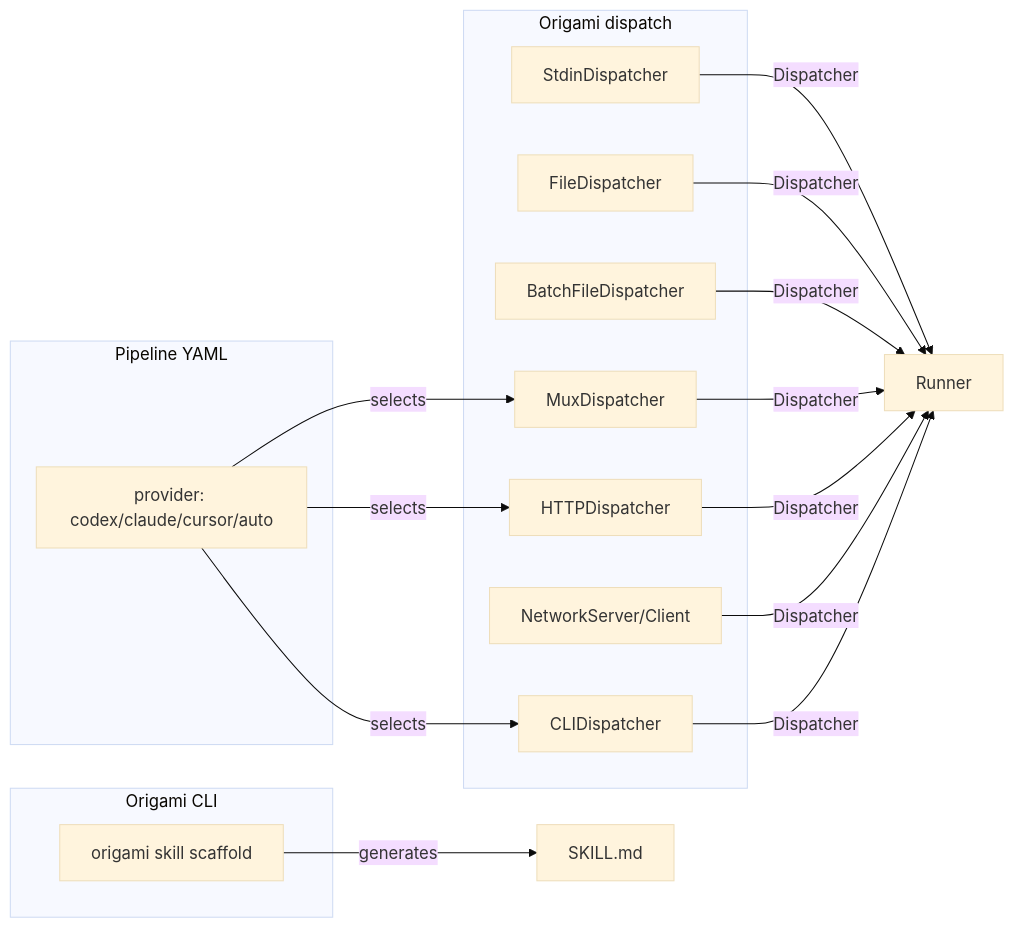
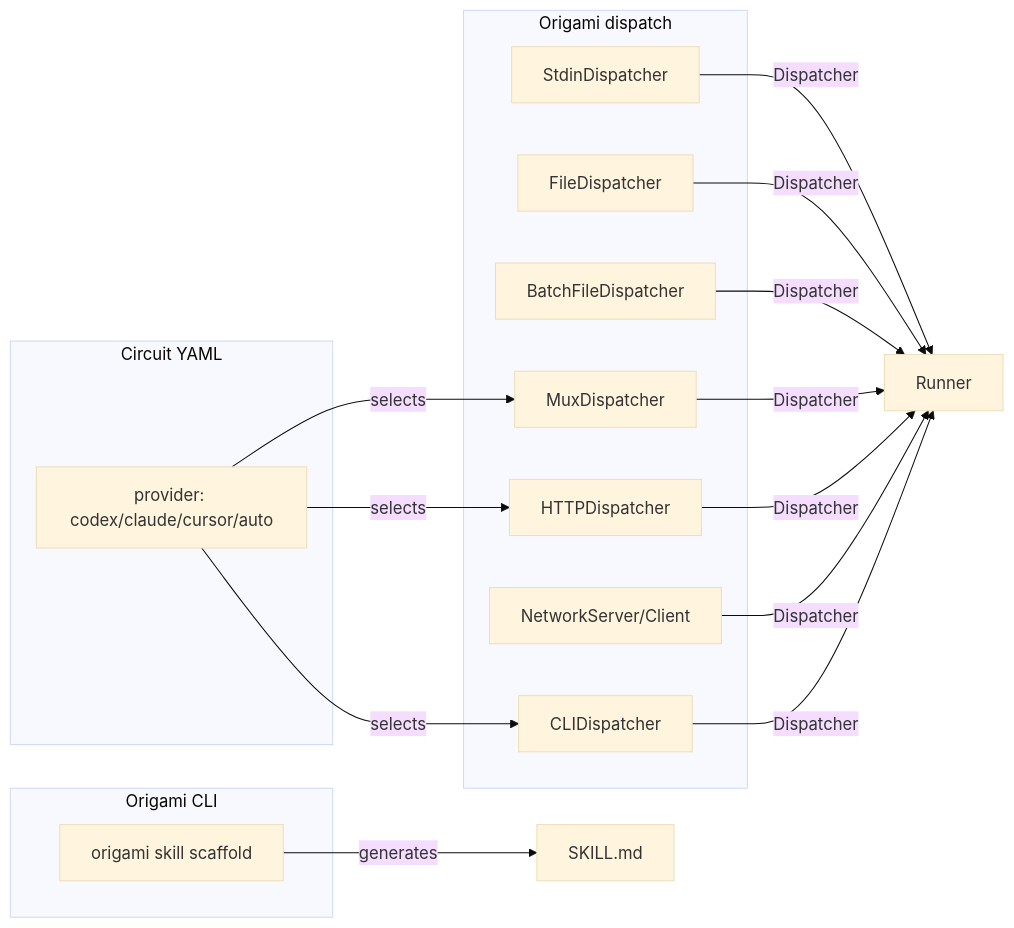
One commit to dpopsuev/origami changed the second of 2 diagrams in .cursor/contracts/completed/framework/origami-cursor-first-architecture.md. Above: the diagram before and after it, drawn with Mermaid (base theme). The commit also changed other lines of this file and 315 other files, not shown here.

````diff
--- a/.cursor/contracts/completed/framework/origami-cursor-first-architecture.md
+++ b/.cursor/contracts/completed/framework/origami-cursor-first-architecture.md
@@ -46,29 +46,29 @@
 ```mermaid
 graph LR
     subgraph Origami dispatch
         Stdin[StdinDispatcher]
         File[FileDispatcher]
         Batch[BatchFileDispatcher]
         Mux[MuxDispatcher]
         HTTP[HTTPDispatcher]
         Net[NetworkServer/Client]
         CLI[CLIDispatcher]
     end
     subgraph Origami CLI
         Scaffold[origami skill scaffold]
     end
-    subgraph Pipeline YAML
+    subgraph Circuit YAML
         Provider[provider: codex/claude/cursor/auto]
     end
     Stdin -->|Dispatcher| Runner
     File -->|Dispatcher| Runner
     Batch -->|Dispatcher| Runner
     Mux -->|Dispatcher| Runner
     HTTP -->|Dispatcher| Runner
     Net -->|Dispatcher| Runner
     CLI -->|Dispatcher| Runner
     Scaffold -->|generates| SkillMD[SKILL.md]
     Provider -->|selects| CLI
     Provider -->|selects| HTTP
     Provider -->|selects| Mux
 ```
````
